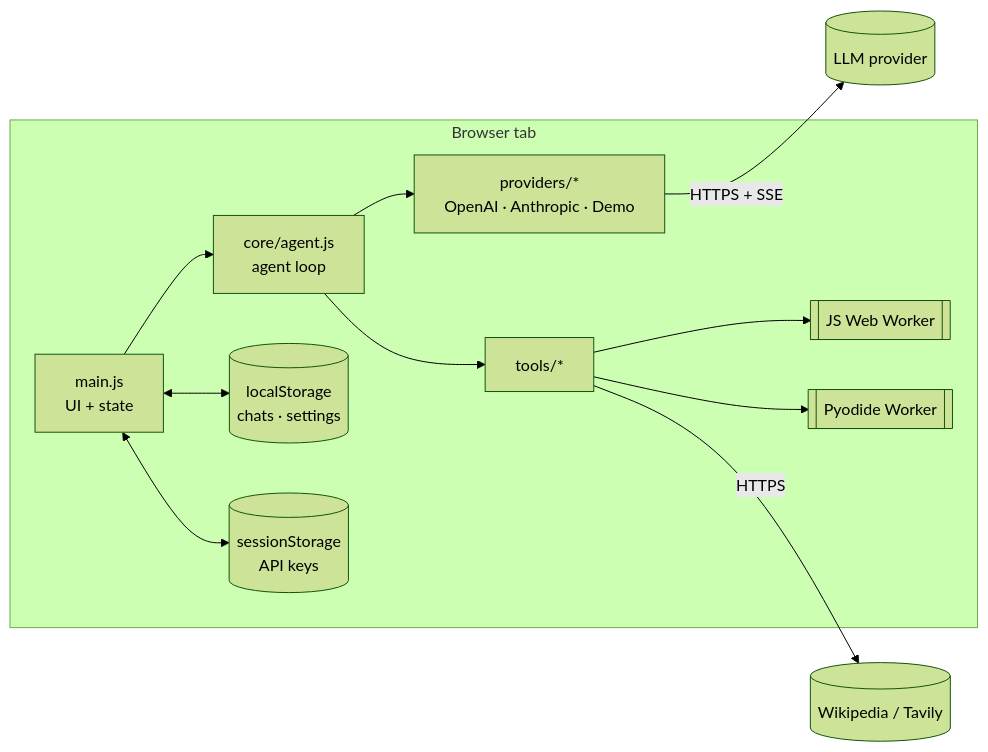
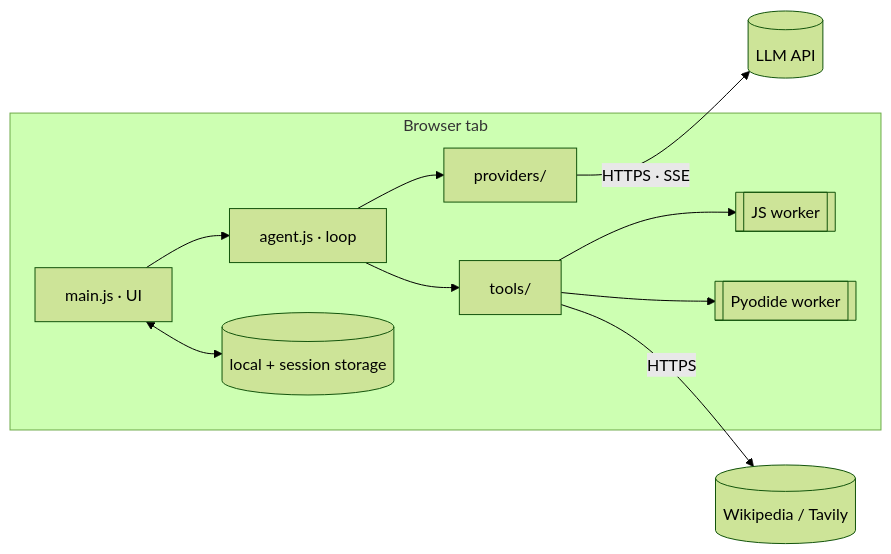
One commit to Riddhim-r/agentforge changed the diagram in README.md. Above: the diagram before and after it, drawn with Mermaid (forest theme). The commit also changed other lines of this file and 8 other files, not shown here.

````diff
--- a/README.md
+++ b/README.md
@@ -93,14 +123,13 @@
 ```mermaid
 flowchart LR
-    subgraph Browser tab
-        UI[main.js<br/>UI + state] --> AG[core/agent.js<br/>agent loop]
-        AG --> PR[providers/*<br/>OpenAI · Anthropic · Demo]
-        AG --> TL[tools/*]
-        TL --> W1[[JS Web Worker]]
-        TL --> W2[[Pyodide Worker]]
-        UI <--> LS[(localStorage<br/>chats · settings)]
-        UI <--> SS[(sessionStorage<br/>API keys)]
+    subgraph tab["Browser tab"]
+        UI["main.js · UI"] --> AG["agent.js · loop"]
+        AG --> PR["providers/"]
+        AG --> TL["tools/"]
+        TL --> JS[["JS worker"]]
+        TL --> PY[["Pyodide worker"]]
+        UI <--> ST[("local + session storage")]
     end
-    PR -- HTTPS + SSE --> LLM[(LLM provider)]
-    TL -- HTTPS --> WEB[(Wikipedia / Tavily)]
+    PR -- "HTTPS · SSE" --> LLM[("LLM API")]
+    TL -- HTTPS --> SRC[("Wikipedia / Tavily")]
 ```
````
